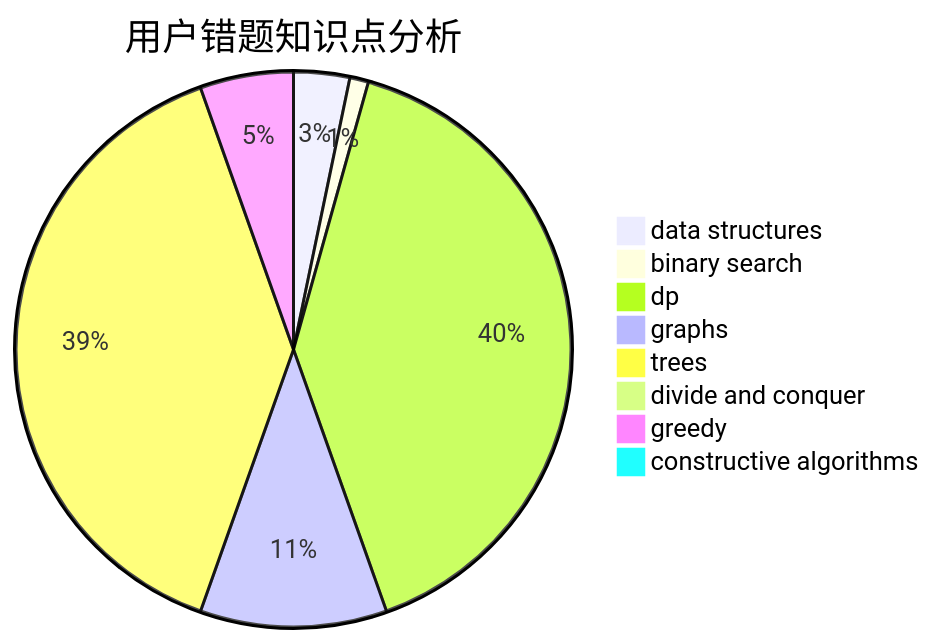
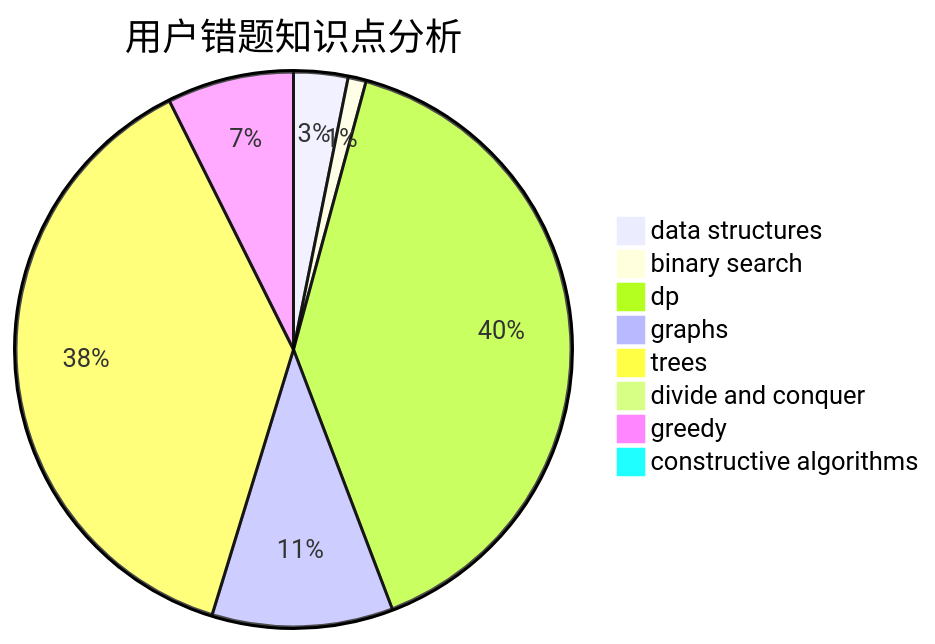
The third of 3 diagrams in docs/user/u1313.md (sherpahu/cfrs.github.io), drawn with Mermaid before and after one commit. The commit also changed other lines of this file and 2770 other files, not shown here.

````diff
--- a/docs/user/u1313.md
+++ b/docs/user/u1313.md
@@ -36,11 +36,11 @@
 ```mermaid
 pie title 用户错题知识点分析
     "data structures" :  3
     "binary search" :  1
-    "dp" :  37
+    "dp" :  38
     "graphs" :  10
     "trees" :  36
     "divide and conquer" :  0
-    "greedy" :  5
+    "greedy" :  7
     "constructive algorithms" :  0
 ```
````
